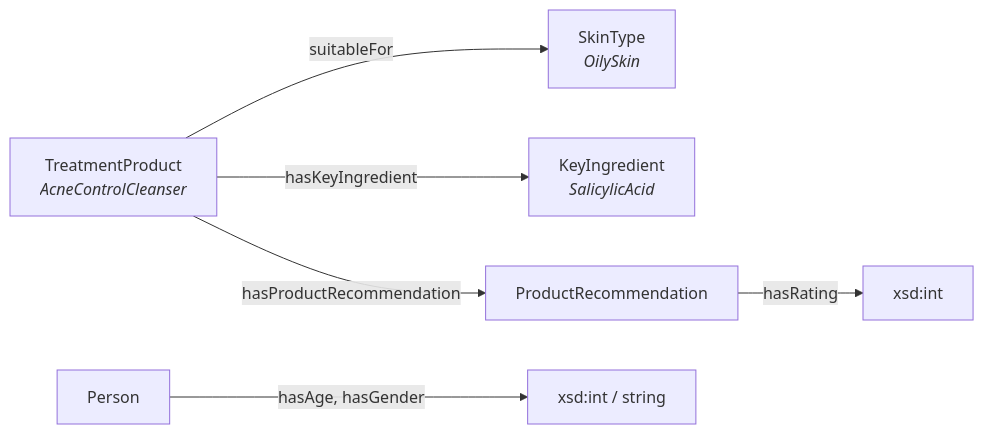
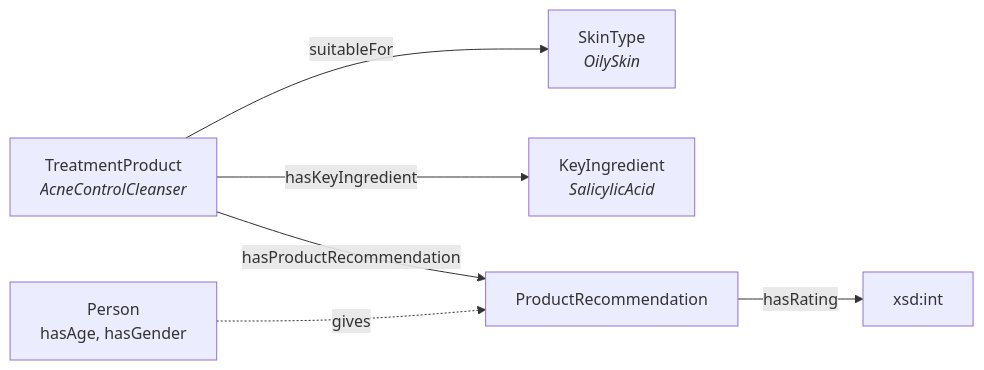
The third of 8 diagrams in ONTOLOGY_REUSE.md (devexlynne/A-Multi-Source-Enriched-Skincare-Product-Dataset-for-Knowledge-Graph-Based-Recommendation), drawn with Mermaid before and after one commit. The commit also changed other lines of this file and 5 other files, not shown here.

````diff
--- a/ONTOLOGY_REUSE.md
+++ b/ONTOLOGY_REUSE.md
@@ -49,13 +49,13 @@
 ```mermaid
 graph LR
     TP["TreatmentProduct<br/><i>AcneControlCleanser</i>"]
     ST["SkinType<br/><i>OilySkin</i>"]
     KI["KeyIngredient<br/><i>SalicylicAcid</i>"]
     PR["ProductRecommendation"]
-    PE["Person"]
+    PE["Person<br/>hasAge, hasGender"]
     TP -->|suitableFor| ST
     TP -->|hasKeyIngredient| KI
     TP -->|hasProductRecommendation| PR
-    PE -->|hasAge, hasGender| PE2["xsd:int / string"]
     PR -->|hasRating| RT["xsd:int"]
+    PE -.->|gives| PR
 ```
````
